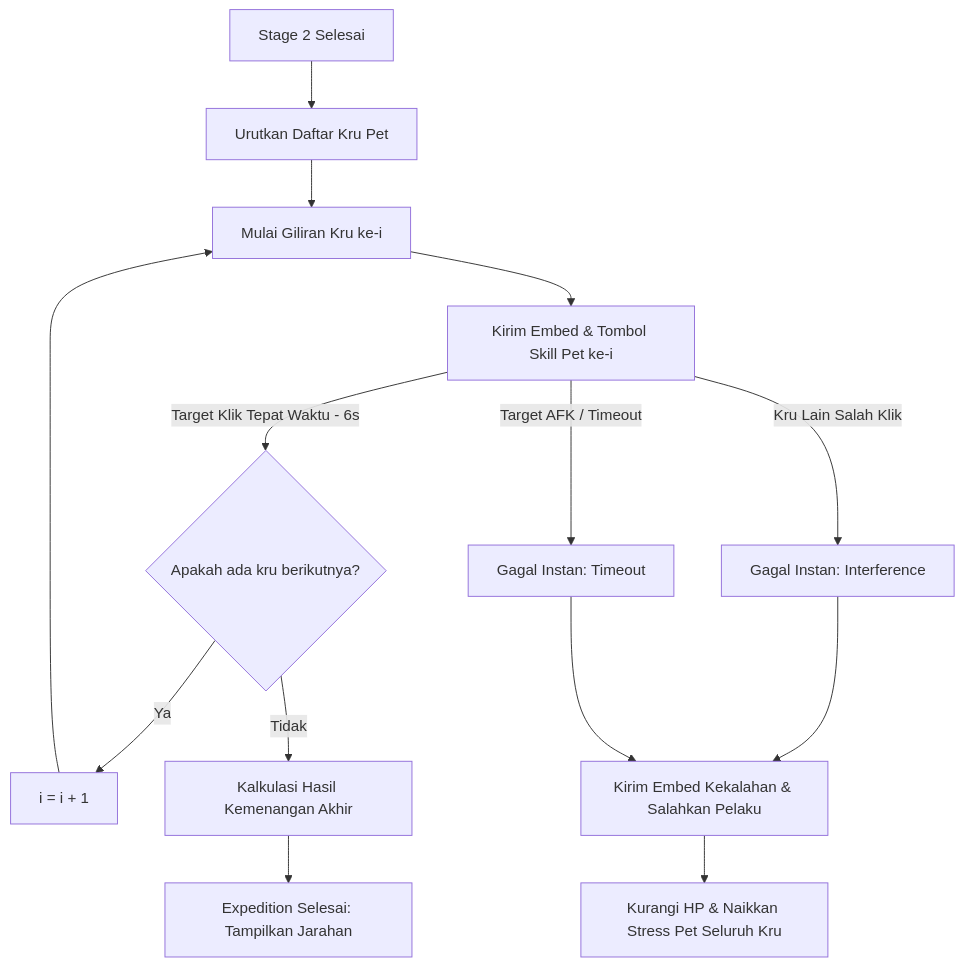
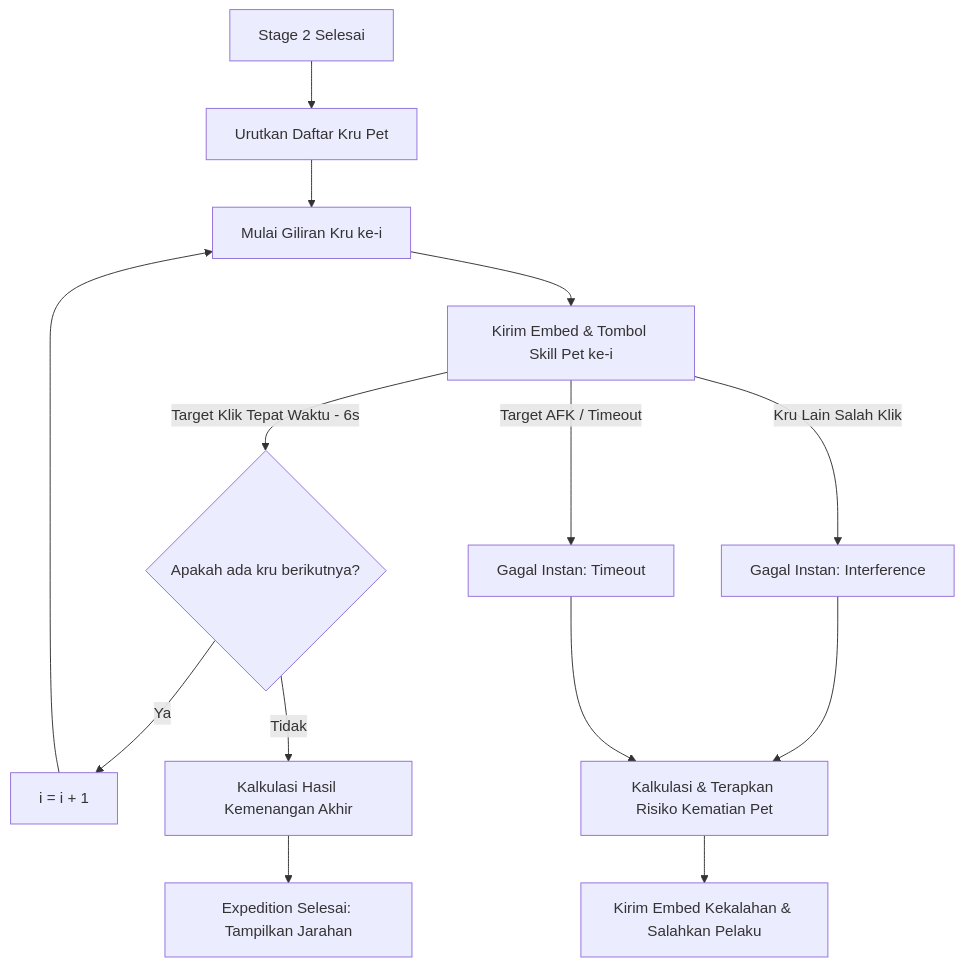
One commit to joefany86-design/bot-discord-ken changed the diagram in docs/prd_revamp_pet_expedition_qte.md. Above: the diagram before and after it, drawn with Mermaid. The commit also changed other lines of this file and 3 other files, not shown here.

````diff
--- a/docs/prd_revamp_pet_expedition_qte.md
+++ b/docs/prd_revamp_pet_expedition_qte.md
@@ -25,15 +42,15 @@
 ```mermaid
 graph TD
     A[Stage 2 Selesai] --> B[Urutkan Daftar Kru Pet]
     B --> C[Mulai Giliran Kru ke-i]
     C --> D[Kirim Embed & Tombol Skill Pet ke-i]
     D -->|Target Klik Tepat Waktu - 6s| E{Apakah ada kru berikutnya?}
     D -->|Kru Lain Salah Klik| H[Gagal Instan: Interference]
     D -->|Target AFK / Timeout| I[Gagal Instan: Timeout]
     E -- Ya --> F[i = i + 1]
     F --> C
     E -- Tidak --> J[Kalkulasi Hasil Kemenangan Akhir]
     J --> K[Expedition Selesai: Tampilkan Jarahan]
-    H & I --> L[Kirim Embed Kekalahan & Salahkan Pelaku]
-    L --> M[Kurangi HP & Naikkan Stress Pet Seluruh Kru]
+    H & I --> L[Kalkulasi & Terapkan Risiko Kematian Pet]
+    L --> M[Kirim Embed Kekalahan & Salahkan Pelaku]
 ```
````
